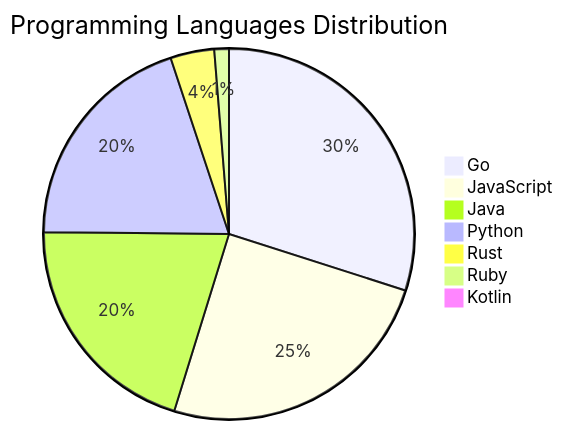
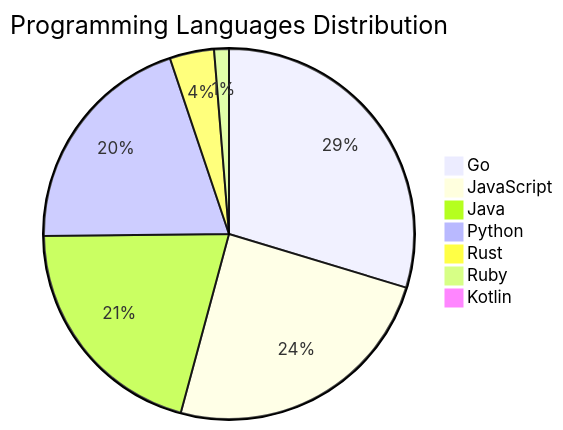
Before and after one commit to Derrick-MUGISHA/github-activity-bot: the diagram in README.md, drawn with Mermaid. The commit also changed other lines of this file and 4 other files, not shown here.

````diff
--- a/README.md
+++ b/README.md
@@ -207,10 +207,10 @@
 ```mermaid
 pie title Programming Languages Distribution
-    "Go" : 47
-    "JavaScript" : 39
+    "Go" : 46
+    "JavaScript" : 38
     "Java" : 32
     "Python" : 31
     "Rust" : 6
     "Ruby" : 2
     "Kotlin" : 1
 ```
````
